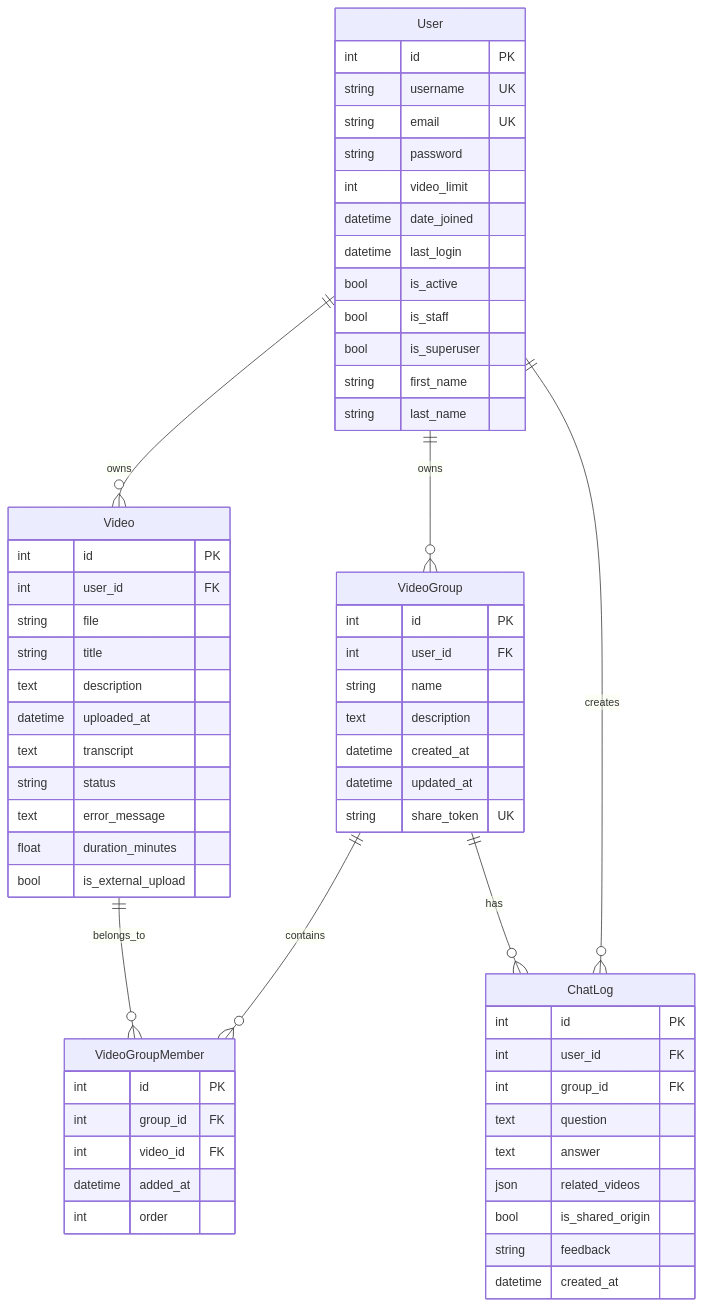
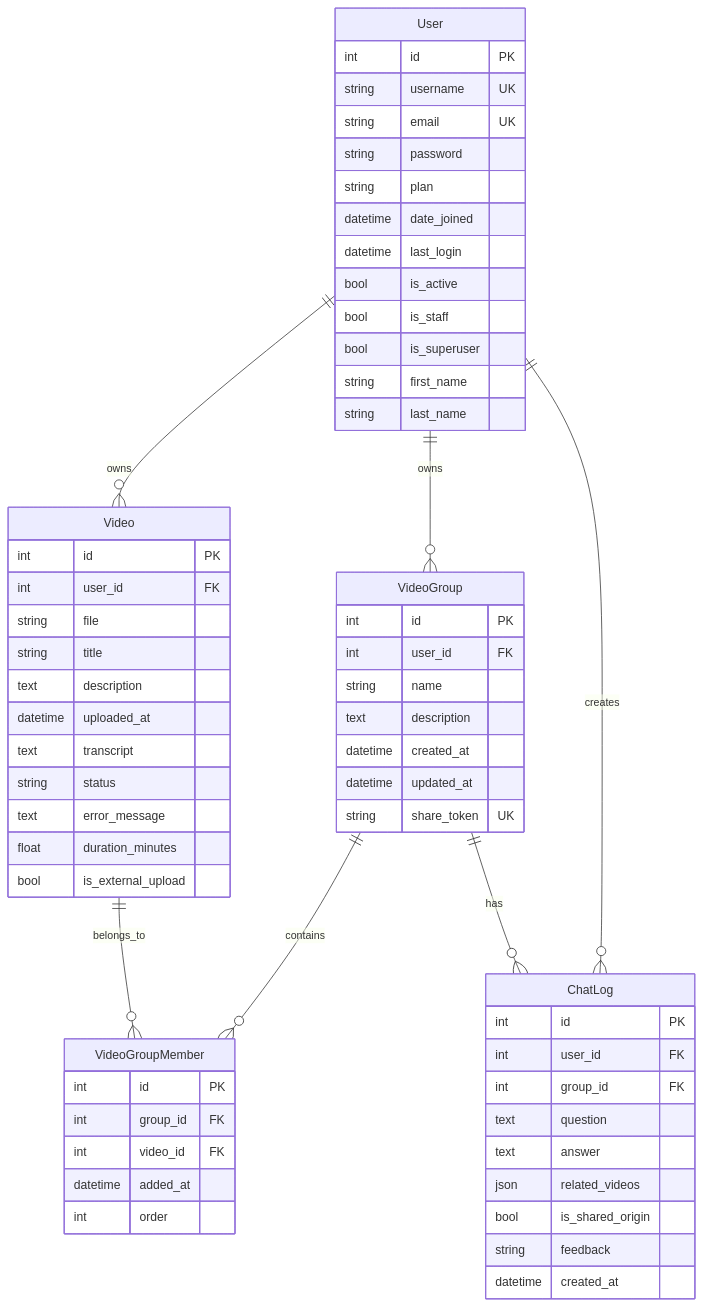
Before and after one commit to yukiharada1228/videoq: the diagram in docs/database/er-diagram.md, drawn with Mermaid. The commit also changed other lines of this file and 13 other files, not shown here.

````diff
--- a/docs/database/er-diagram.md
+++ b/docs/database/er-diagram.md
@@ -9,68 +9,68 @@
 ```mermaid
 erDiagram
     User ||--o{ Video : owns
     User ||--o{ VideoGroup : owns
     User ||--o{ ChatLog : creates
     VideoGroup ||--o{ VideoGroupMember : contains
     Video ||--o{ VideoGroupMember : belongs_to
     VideoGroup ||--o{ ChatLog : has
     
     User {
         int id PK
         string username UK
         string email UK
         string password
-        int video_limit
+        string plan
         datetime date_joined
         datetime last_login
         bool is_active
         bool is_staff
         bool is_superuser
         string first_name
         string last_name
     }
     
     Video {
         int id PK
         int user_id FK
         string file
         string title
         text description
         datetime uploaded_at
         text transcript
         string status
         text error_message
         float duration_minutes
         bool is_external_upload
     }
     
     VideoGroup {
         int id PK
         int user_id FK
         string name
         text description
         datetime created_at
         datetime updated_at
         string share_token UK
     }
     
     VideoGroupMember {
         int id PK
         int group_id FK
         int video_id FK
         datetime added_at
         int order
     }
     
     ChatLog {
         int id PK
         int user_id FK
         int group_id FK
         text question
         text answer
         json related_videos
         bool is_shared_origin
         string feedback
         datetime created_at
     }
 ```
````
